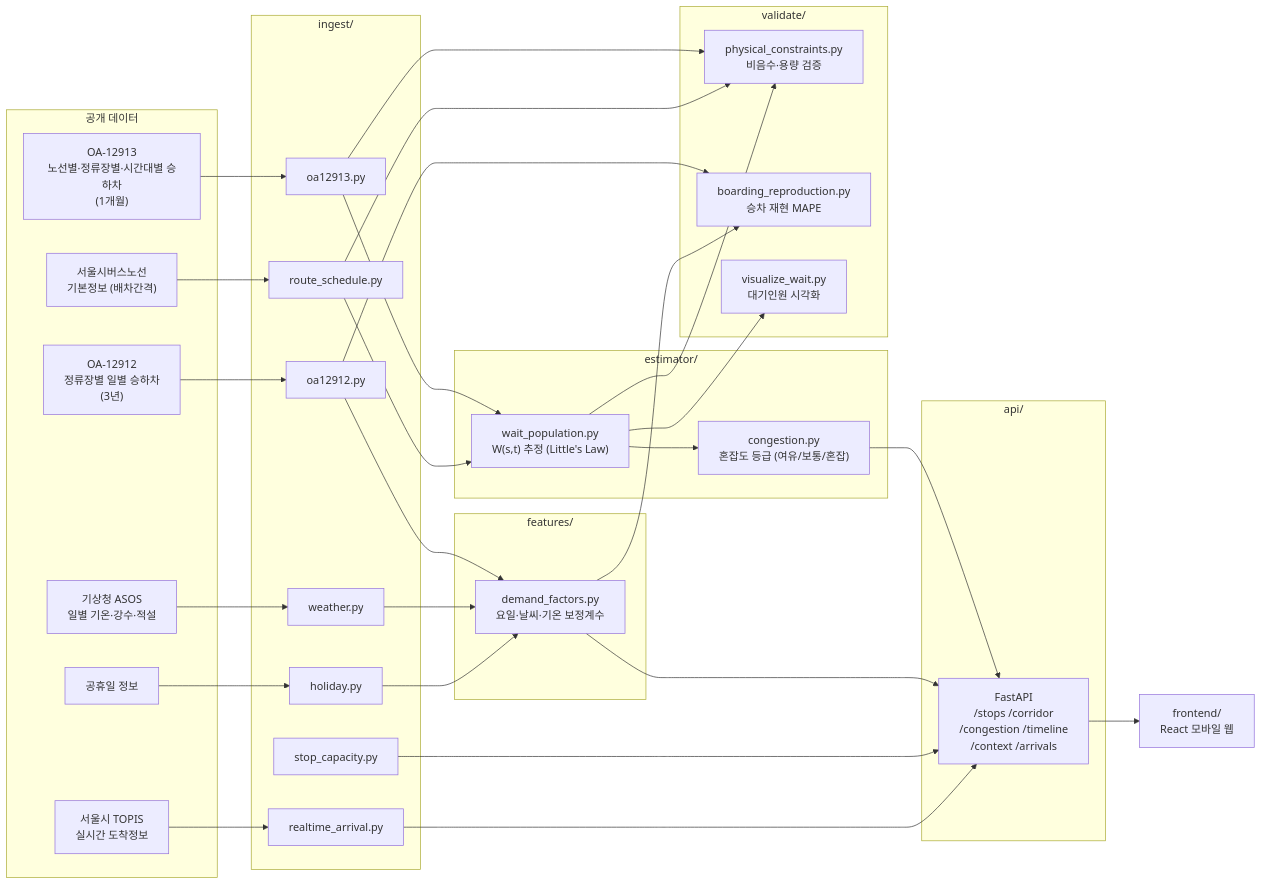
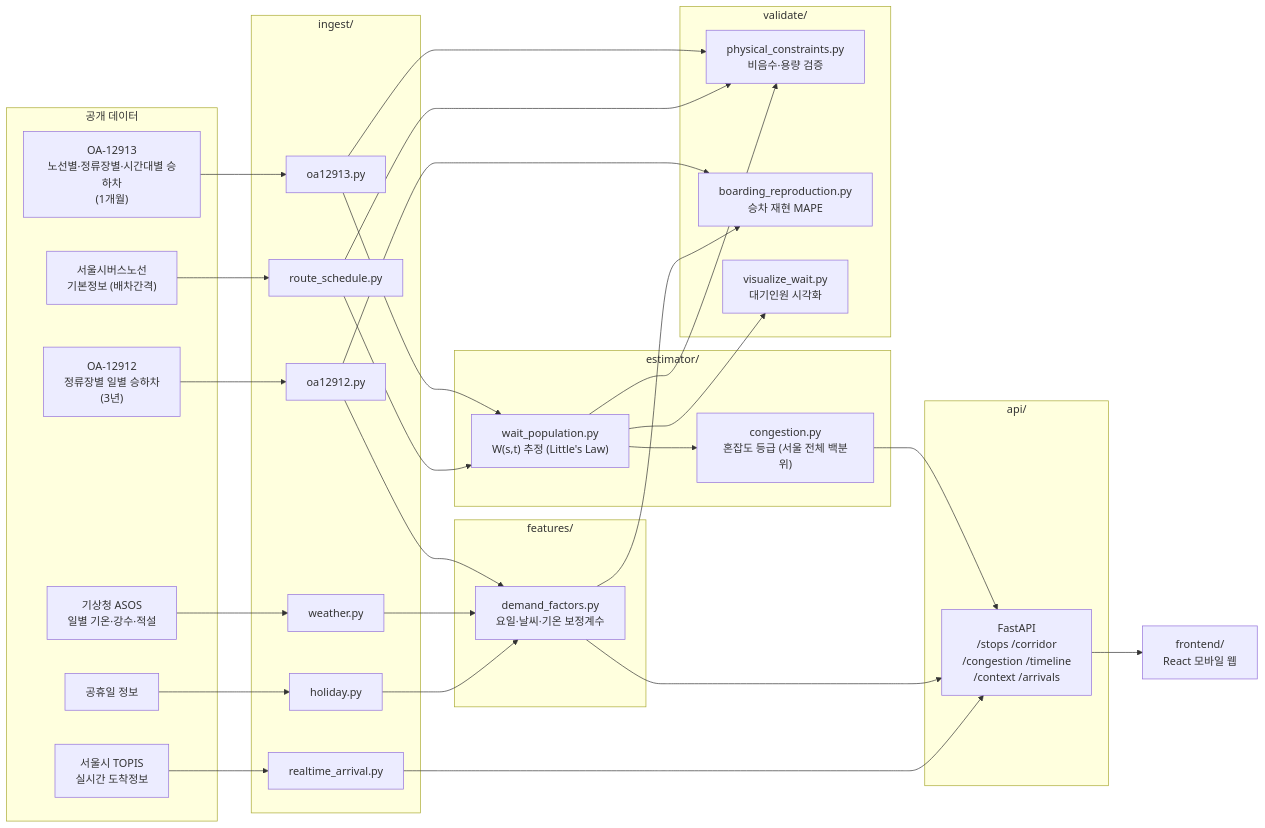
One commit to Multi-Bus/station-cast changed the diagram in ARCHITECTURE.md. Above: the diagram before and after it, drawn with Mermaid. The commit also changed 19 other files, not shown here.

````diff
--- a/ARCHITECTURE.md
+++ b/ARCHITECTURE.md
@@ -72,70 +72,68 @@
 ```mermaid
 flowchart LR
     subgraph 원본데이터["공개 데이터"]
         OA12913["OA-12913<br/>노선별·정류장별·시간대별 승하차<br/>(1개월)"]
         OA12912["OA-12912<br/>정류장별 일별 승하차<br/>(3년)"]
         WEATHER["기상청 ASOS<br/>일별 기온·강수·적설"]
         HOLIDAY["공휴일 정보"]
         ROUTE["서울시버스노선<br/>기본정보 (배차간격)"]
         TOPIS["서울시 TOPIS<br/>실시간 도착정보"]
     end
 
     subgraph ingest["ingest/"]
         I1["oa12913.py"]
         I2["oa12912.py"]
         I3["weather.py"]
         I4["holiday.py"]
         I5["route_schedule.py"]
-        I6["stop_capacity.py"]
-        I7["realtime_arrival.py"]
+        I6["realtime_arrival.py"]
     end
 
     subgraph features["features/"]
         F1["demand_factors.py<br/>요일·날씨·기온 보정계수"]
     end
 
     subgraph estimator["estimator/"]
         E1["wait_population.py<br/>W(s,t) 추정 (Little's Law)"]
-        E2["congestion.py<br/>혼잡도 등급 (여유/보통/혼잡)"]
+        E2["congestion.py<br/>혼잡도 등급 (서울 전체 백분위)"]
     end
 
     subgraph validate["validate/"]
         V1["physical_constraints.py<br/>비음수·용량 검증"]
         V2["boarding_reproduction.py<br/>승차 재현 MAPE"]
         V3["visualize_wait.py<br/>대기인원 시각화"]
     end
 
     subgraph api["api/"]
         A1["FastAPI<br/>/stops /corridor<br/>/congestion /timeline<br/>/context /arrivals"]
     end
 
     FRONTEND["frontend/<br/>React 모바일 웹"]
 
     OA12913 --> I1
     OA12912 --> I2
     WEATHER --> I3
     HOLIDAY --> I4
     ROUTE --> I5
-    TOPIS --> I7
+    TOPIS --> I6
 
     I2 --> F1
     I3 --> F1
     I4 --> F1
 
     I1 --> E1
     I5 --> E1
     E1 --> E2
 
     E1 --> V1
     I1 --> V1
     I5 --> V1
     I2 --> V2
     F1 --> V2
     E1 --> V3
 
     E2 --> A1
     F1 --> A1
     I6 --> A1
-    I7 --> A1
     A1 --> FRONTEND
 ```
````
